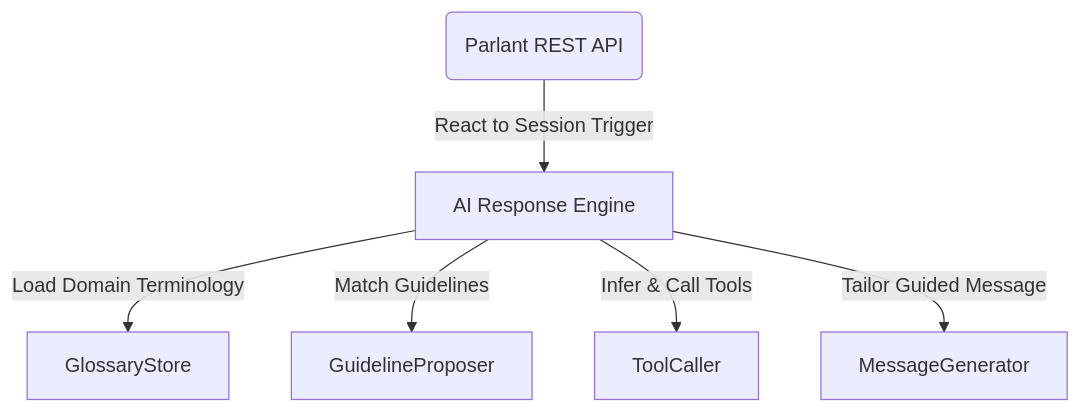
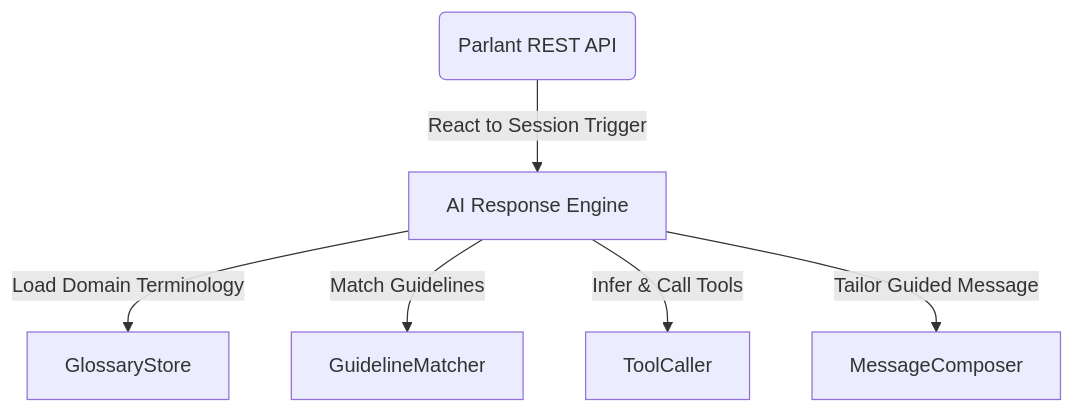
Before and after one commit to heamanthsop/parlant: the diagram in README.md, drawn with Mermaid. The commit also changed other lines of this file and 1 other file, not shown here.

````diff
--- a/README.md
+++ b/README.md
@@ -50,8 +58,8 @@
 ```mermaid
 graph TD
     API(Parlant REST API) -->|React to Session Trigger| Engine[AI Response Engine]
     Engine -->|Load Domain Terminology| GlossaryStore
-    Engine -->|Match Guidelines| GuidelineProposer
+    Engine -->|Match Guidelines| GuidelineMatcher
     Engine -->|Infer & Call Tools| ToolCaller
-    Engine -->|Tailor Guided Message| MessageGenerator
+    Engine -->|Tailor Guided Message| MessageComposer
 ```
````
